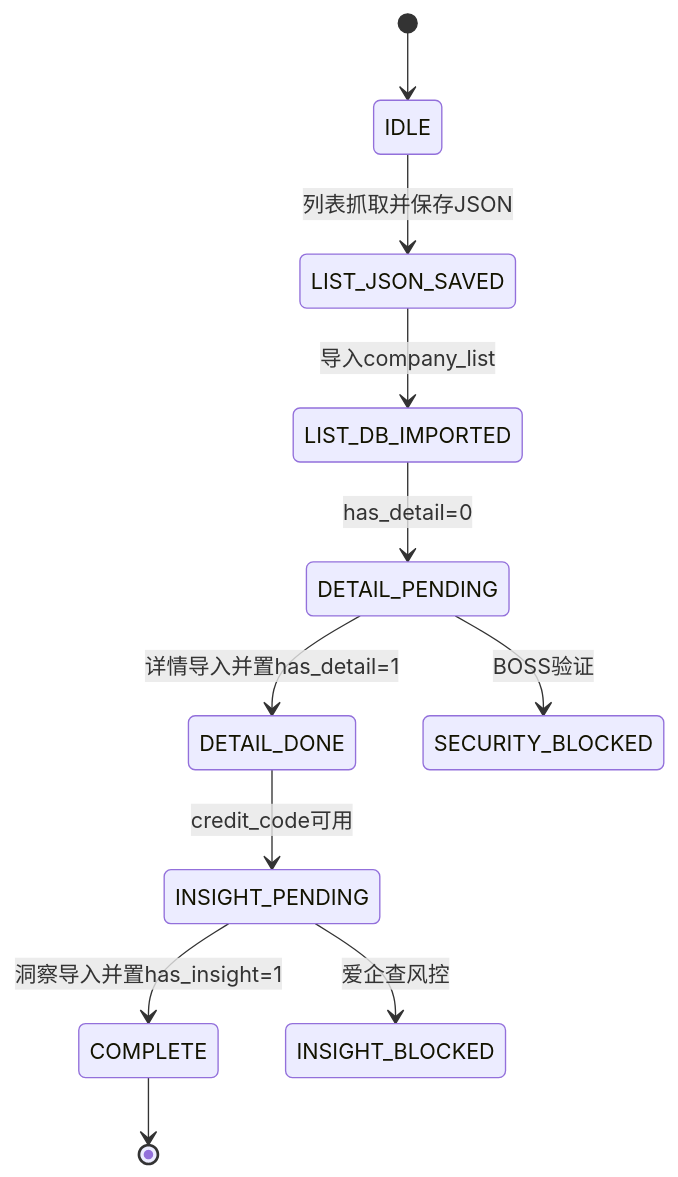
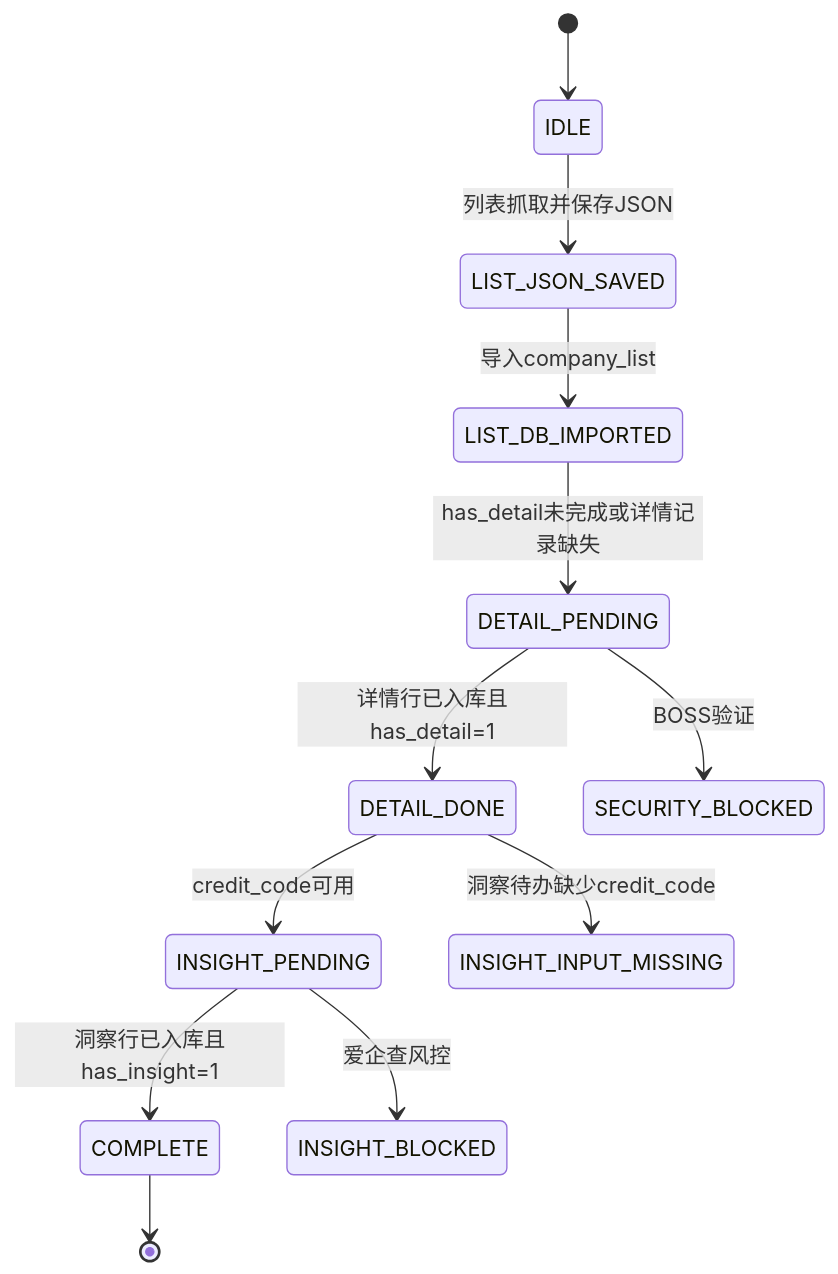
One commit to mednight4/boss-zhipin-scraper changed the first of 2 diagrams in skill/pipeline.md. Above: the diagram before and after it, drawn with Mermaid. The commit also changed other lines of this file and 16 other files, not shown here.

````diff
--- a/skill/pipeline.md
+++ b/skill/pipeline.md
@@ -29,13 +29,14 @@
 ```mermaid
 stateDiagram-v2
     [*] --> IDLE
     IDLE --> LIST_JSON_SAVED : 列表抓取并保存JSON
     LIST_JSON_SAVED --> LIST_DB_IMPORTED : 导入company_list
-    LIST_DB_IMPORTED --> DETAIL_PENDING : has_detail=0
-    DETAIL_PENDING --> DETAIL_DONE : 详情导入并置has_detail=1
+    LIST_DB_IMPORTED --> DETAIL_PENDING : has_detail未完成或详情记录缺失
+    DETAIL_PENDING --> DETAIL_DONE : 详情行已入库且has_detail=1
     DETAIL_DONE --> INSIGHT_PENDING : credit_code可用
-    INSIGHT_PENDING --> COMPLETE : 洞察导入并置has_insight=1
+    DETAIL_DONE --> INSIGHT_INPUT_MISSING : 洞察待办缺少credit_code
+    INSIGHT_PENDING --> COMPLETE : 洞察行已入库且has_insight=1
     COMPLETE --> [*]
     DETAIL_PENDING --> SECURITY_BLOCKED : BOSS验证
     INSIGHT_PENDING --> INSIGHT_BLOCKED : 爱企查风控
 ```
````
